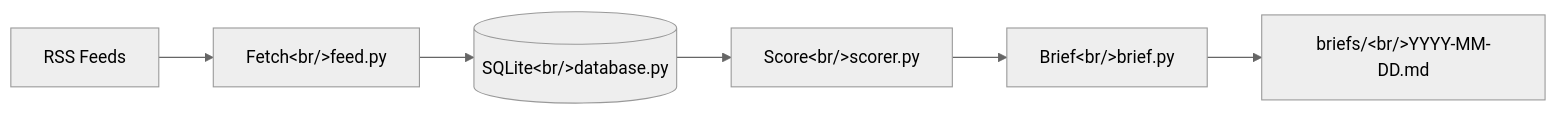
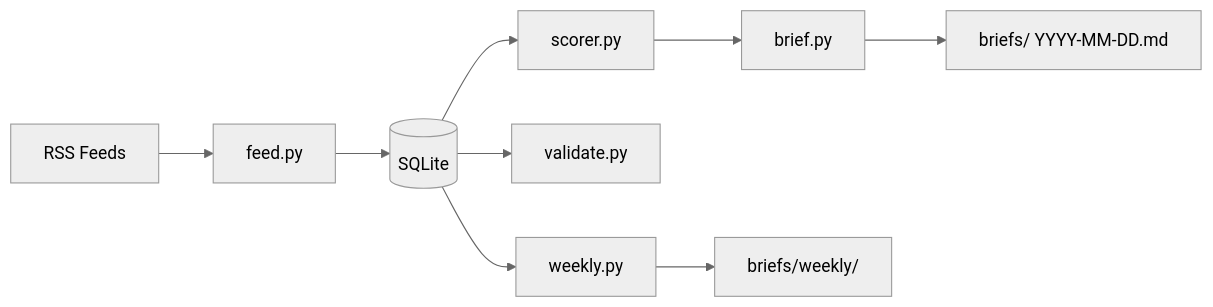
The diagram in README.md (Qiao527/opsrisk-radar), drawn with Mermaid (neutral theme) before and after one commit. The commit also changed other lines of this file and 5 other files, not shown here.

````diff
--- a/README.md
+++ b/README.md
@@ -19,8 +19,11 @@
 ```mermaid
 flowchart LR
-    A[RSS Feeds] --> B[Fetch&lt;br/&gt;feed.py]
-    B --> C[(SQLite&lt;br/&gt;database.py)]
-    C --> D[Score&lt;br/&gt;scorer.py]
-    D --> E[Brief&lt;br/&gt;brief.py]
-    E --> F[briefs/&lt;br/&gt;YYYY-MM-DD.md]
+    A[RSS Feeds] --> B[feed.py]
+    B --> C[(SQLite)]
+    C --> D[scorer.py]
+    D --> E[brief.py]
+    E --> F[briefs/ YYYY-MM-DD.md]
+    C --> G[validate.py]
+    C --> H[weekly.py]
+    H --> I[briefs/weekly/]
 ```
````
